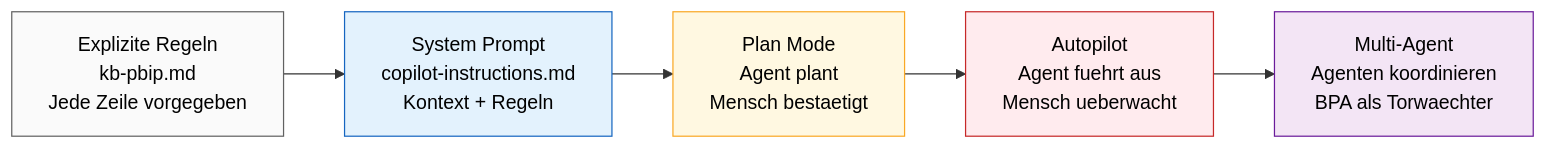
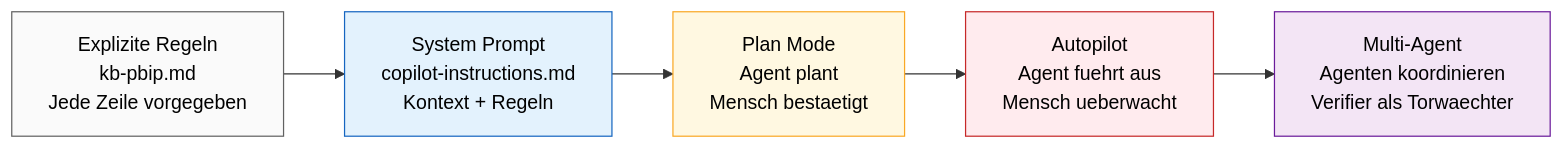
The fifth of 5 diagrams in README.md (TheTrustedAdvisor/global-azure-2026-agents-yolo), drawn with Mermaid before and after one commit. The commit also changed other lines of this file and 6 other files, not shown here.

````diff
--- a/README.md
+++ b/README.md
@@ -224,13 +241,13 @@
 ```mermaid
 graph LR
     A[Explizite Regeln<br/>kb-pbip.md<br/>Jede Zeile vorgegeben] --> B[System Prompt<br/>copilot-instructions.md<br/>Kontext + Regeln]
     B --> C[Plan Mode<br/>Agent plant<br/>Mensch bestaetigt]
     C --> D[Autopilot<br/>Agent fuehrt aus<br/>Mensch ueberwacht]
-    D --> E[Multi-Agent<br/>Agenten koordinieren<br/>BPA als Torwaechter]
+    D --> E[Multi-Agent<br/>Agenten koordinieren<br/>Verifier als Torwaechter]
 
     style A fill:#fafafa,stroke:#616161,color:#000
     style B fill:#e3f2fd,stroke:#1565c0,color:#000
     style C fill:#fff8e1,stroke:#f9a825,color:#000
     style D fill:#ffebee,stroke:#c62828,color:#000
     style E fill:#f3e5f5,stroke:#6a1b9a,color:#000
 ```
````
